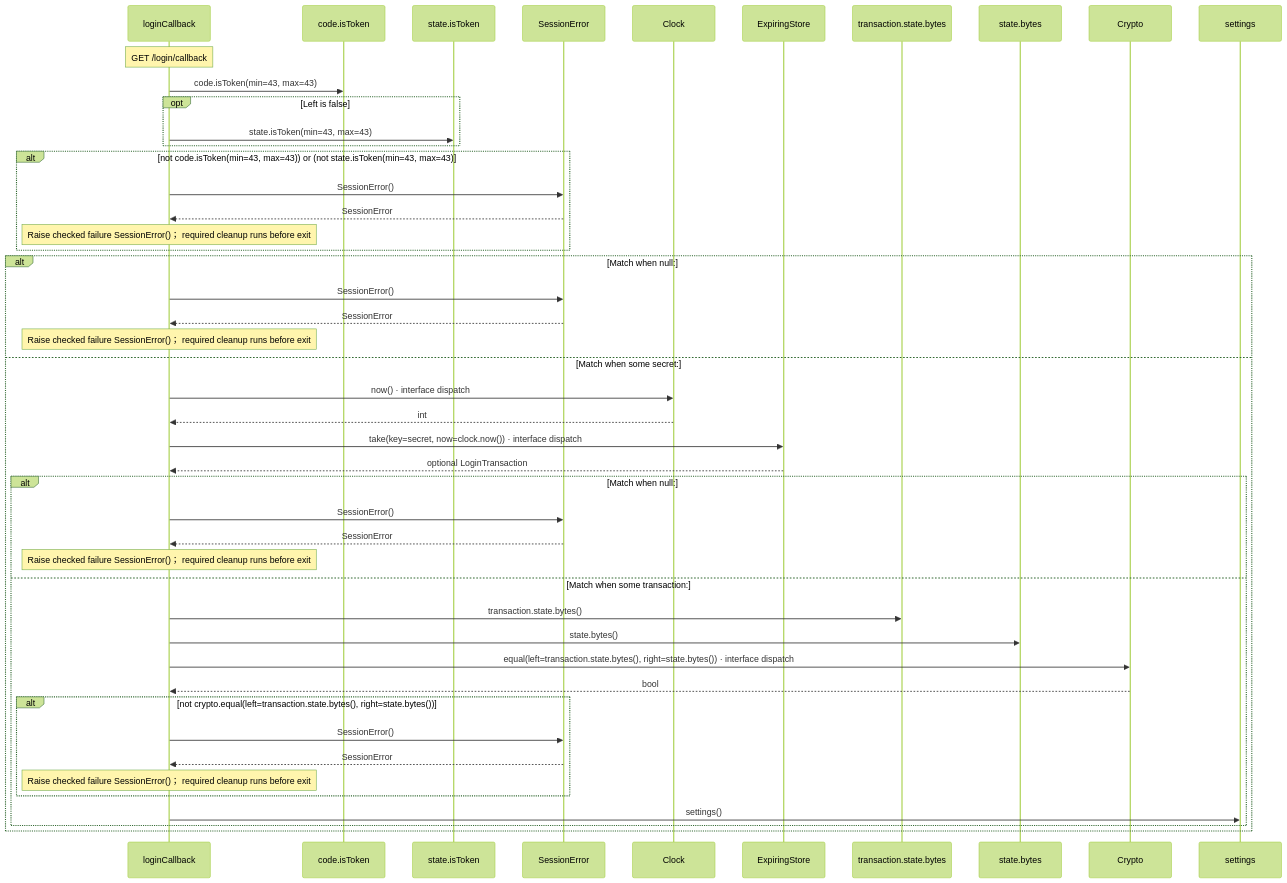
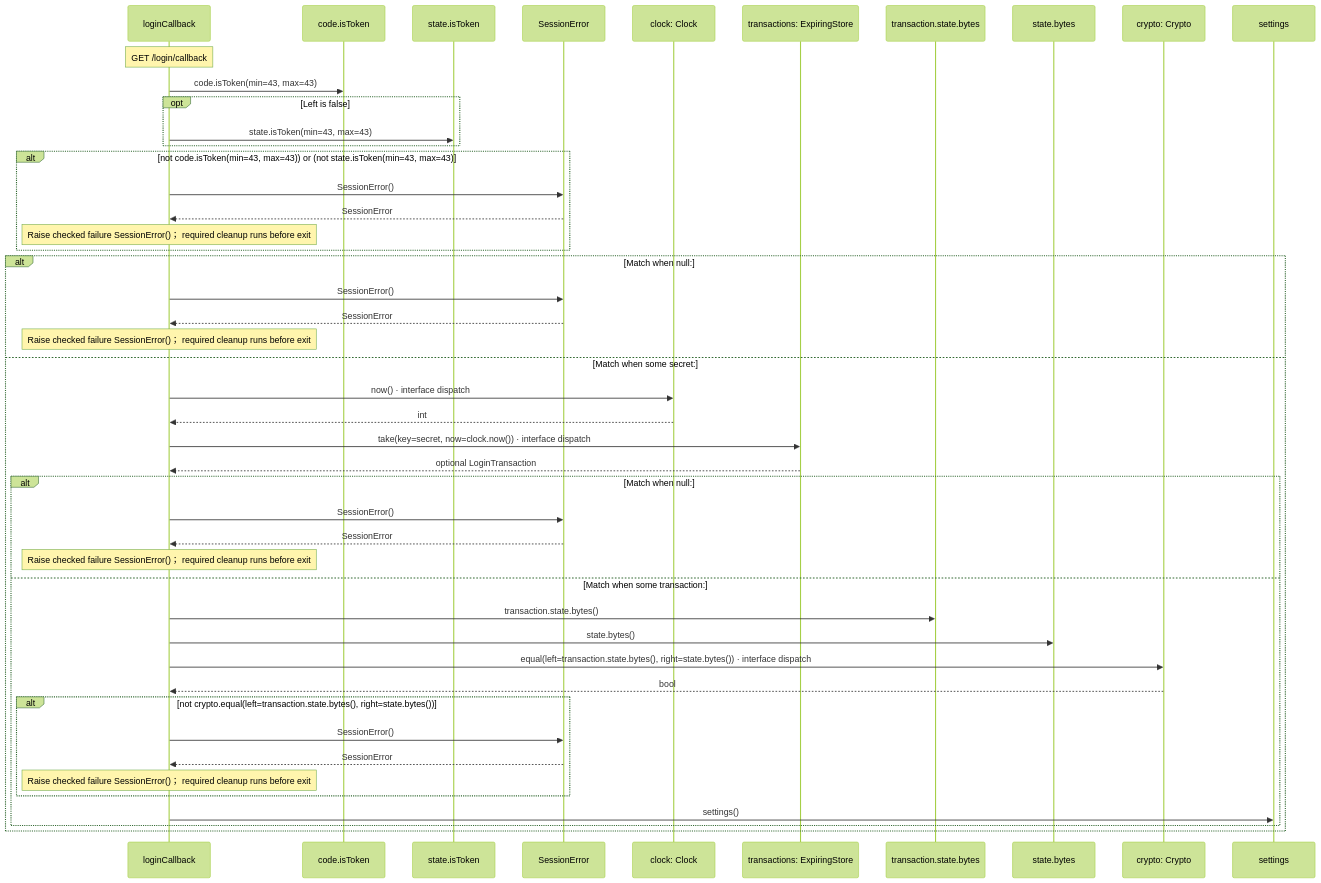
One commit to GreenPandaStudios/augscript changed the sixth of 9 diagrams in docs/examples/oidc-login/client/login-diagrams.md. Above: the diagram before and after it, drawn with Mermaid (forest theme). The commit also changed other lines of this file and 102 other files, not shown here.

Commit message:
Keep named service receivers distinct in sequence data flow

````diff
--- a/docs/examples/oidc-login/client/login-diagrams.md
+++ b/docs/examples/oidc-login/client/login-diagrams.md
@@ -235,49 +235,49 @@
 ```mermaid
 sequenceDiagram
     participant p0 as loginCallback
     participant p1 as code.isToken
     participant p2 as state.isToken
     participant p3 as SessionError
-    participant p4 as Clock
-    participant p5 as ExpiringStore
+    participant p4 as clock: Clock
+    participant p5 as transactions: ExpiringStore
     participant p6 as transaction.state.bytes
     participant p7 as state.bytes
-    participant p8 as Crypto
+    participant p8 as crypto: Crypto
     participant p9 as settings
     Note over p0: GET /login/callback
     p0->>p1: code.isToken(min=43, max=43)
     opt Left is false
     p0->>p2: state.isToken(min=43, max=43)
     end
     alt not code.isToken(min=43, max=43)) or (not state.isToken(min=43, max=43)
     p0->>p3: SessionError()
     p3-->>p0: SessionError
     Note over p0: Raise checked failure SessionError()； required cleanup runs before exit
     end
     alt Match when null:
     p0->>p3: SessionError()
     p3-->>p0: SessionError
     Note over p0: Raise checked failure SessionError()； required cleanup runs before exit
     else Match when some secret:
     p0->>p4: now() · interface dispatch
     p4-->>p0: int
     p0->>p5: take(key=secret, now=clock.now()) · interface dispatch
     p5-->>p0: optional LoginTransaction
     alt Match when null:
     p0->>p3: SessionError()
     p3-->>p0: SessionError
     Note over p0: Raise checked failure SessionError()； required cleanup runs before exit
     else Match when some transaction:
     p0->>p6: transaction.state.bytes()
     p0->>p7: state.bytes()
     p0->>p8: equal(left=transaction.state.bytes(), right=state.bytes()) · interface dispatch
     p8-->>p0: bool
     alt not crypto.equal(left=transaction.state.bytes(), right=state.bytes())
     p0->>p3: SessionError()
     p3-->>p0: SessionError
     Note over p0: Raise checked failure SessionError()； required cleanup runs before exit
     end
     p0->>p9: settings()
     end
     end
 ```
````
